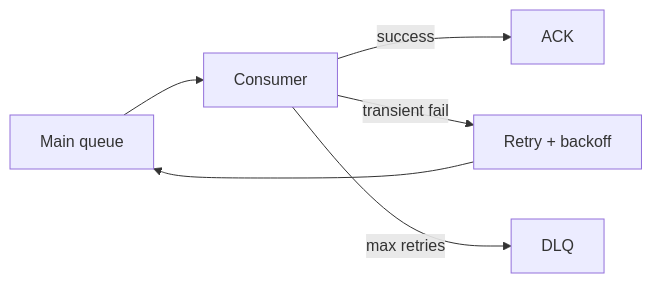
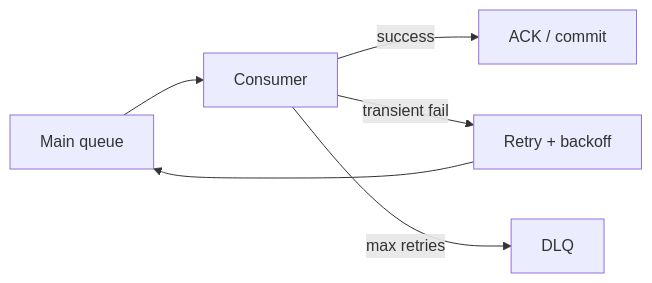
One commit to hareramcse/SystemDesign changed diagram 17 of 24 in 06-messaging-and-events/README.md. Above: the diagram before and after it, drawn with Mermaid. The commit also changed other lines of this file and 14 other files, not shown here.

````diff
--- a/06-messaging-and-events/README.md
+++ b/06-messaging-and-events/README.md
@@ -3445,8 +1860,8 @@
 ```mermaid
 flowchart LR
-    Main[Main queue] --> C[Consumer]
-    C -->|success| Done[ACK]
-    C -->|transient fail| Retry[Retry + backoff]
-    Retry --> Main
-    C -->|max retries| DLQ[DLQ]
+    Main[Main queue] --> Consumer
+    Consumer -->|success| Done[ACK / commit]
+    Consumer -->|transient fail| R1[Retry + backoff]
+    R1 --> Main
+    Consumer -->|max retries| DLQ[DLQ]
 ```
````
